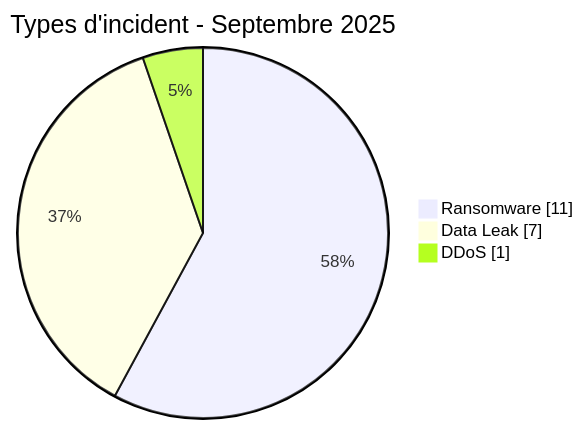
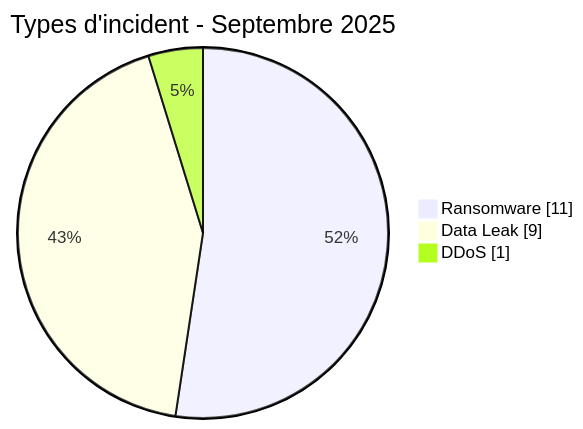
Before and after one commit to Hatchepsoute/AFRINTEL: the first of 2 diagrams in CyberAttackAfrica/2025/09-september/README_FR.md, drawn with Mermaid. The commit also changed other lines of this file and 1034 other files, not shown here.

````diff
--- a/CyberAttackAfrica/2025/09-september/README_FR.md
+++ b/CyberAttackAfrica/2025/09-september/README_FR.md
@@ -78,7 +80,7 @@
 ```mermaid
 pie showData
     title Types d'incident - Septembre 2025
     "Ransomware" : 11
-    "Data Leak" : 7
+    "Data Leak" : 9
     "DDoS" : 1
 ```
````
